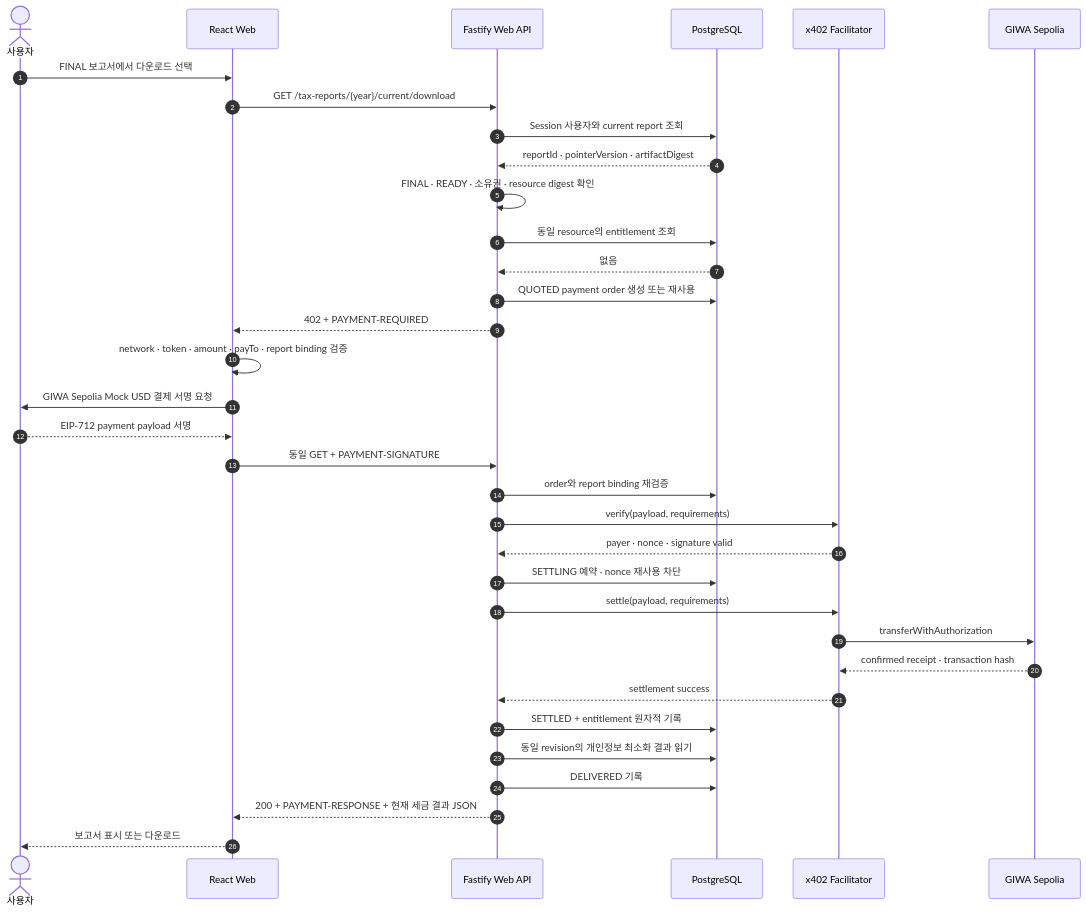
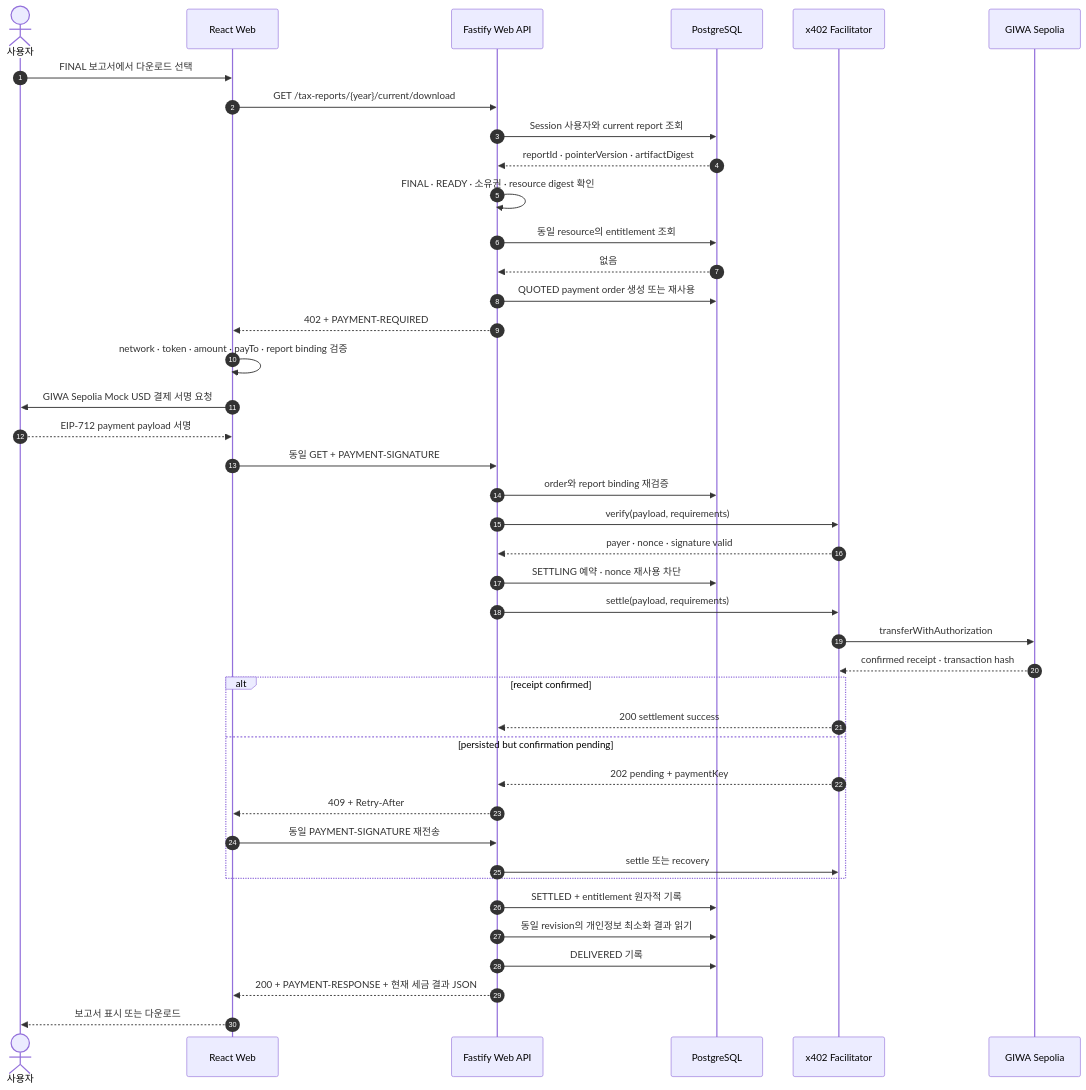
The second of 4 diagrams in docs/report-x402-payment.md (BackwardLabs/daejang), drawn with Mermaid before and after one commit. The commit also changed other lines of this file and 23 other files, not shown here.

````diff
--- a/docs/report-x402-payment.md
+++ b/docs/report-x402-payment.md
@@ -33,40 +33,47 @@
 ```mermaid
 sequenceDiagram
     autonumber
     actor U as 사용자
     participant W as React Web
     participant A as Fastify Web API
     participant D as PostgreSQL
     participant F as x402 Facilitator
     participant G as GIWA Sepolia
 
     U->>W: FINAL 보고서에서 다운로드 선택
     W->>A: GET /tax-reports/{year}/current/download
     A->>D: Session 사용자와 current report 조회
     D-->>A: reportId · pointerVersion · artifactDigest
     A->>A: FINAL · READY · 소유권 · resource digest 확인
     A->>D: 동일 resource의 entitlement 조회
     D-->>A: 없음
     A->>D: QUOTED payment order 생성 또는 재사용
     A-->>W: 402 + PAYMENT-REQUIRED
 
     W->>W: network · token · amount · payTo · report binding 검증
     W->>U: GIWA Sepolia Mock USD 결제 서명 요청
     U-->>W: EIP-712 payment payload 서명
     W->>A: 동일 GET + PAYMENT-SIGNATURE
 
     A->>D: order와 report binding 재검증
     A->>F: verify(payload, requirements)
     F-->>A: payer · nonce · signature valid
     A->>D: SETTLING 예약 · nonce 재사용 차단
     A->>F: settle(payload, requirements)
     F->>G: transferWithAuthorization
     G-->>F: confirmed receipt · transaction hash
-    F-->>A: settlement success
+    alt receipt confirmed
+      F-->>A: 200 settlement success
+    else persisted but confirmation pending
+      F-->>A: 202 pending + paymentKey
+      A-->>W: 409 + Retry-After
+      W->>A: 동일 PAYMENT-SIGNATURE 재전송
+      A->>F: settle 또는 recovery
+    end
     A->>D: SETTLED + entitlement 원자적 기록
     A->>D: 동일 revision의 개인정보 최소화 결과 읽기
     A->>D: DELIVERED 기록
     A-->>W: 200 + PAYMENT-RESPONSE + 현재 세금 결과 JSON
 
     W-->>U: 보고서 표시 또는 다운로드
 ```
````
